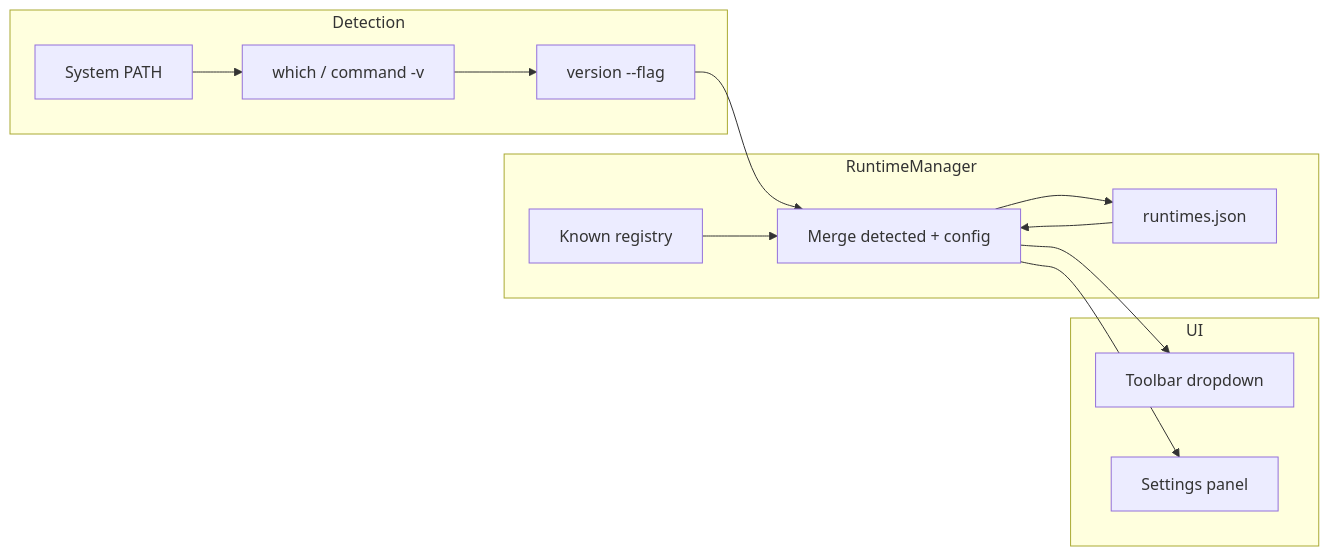
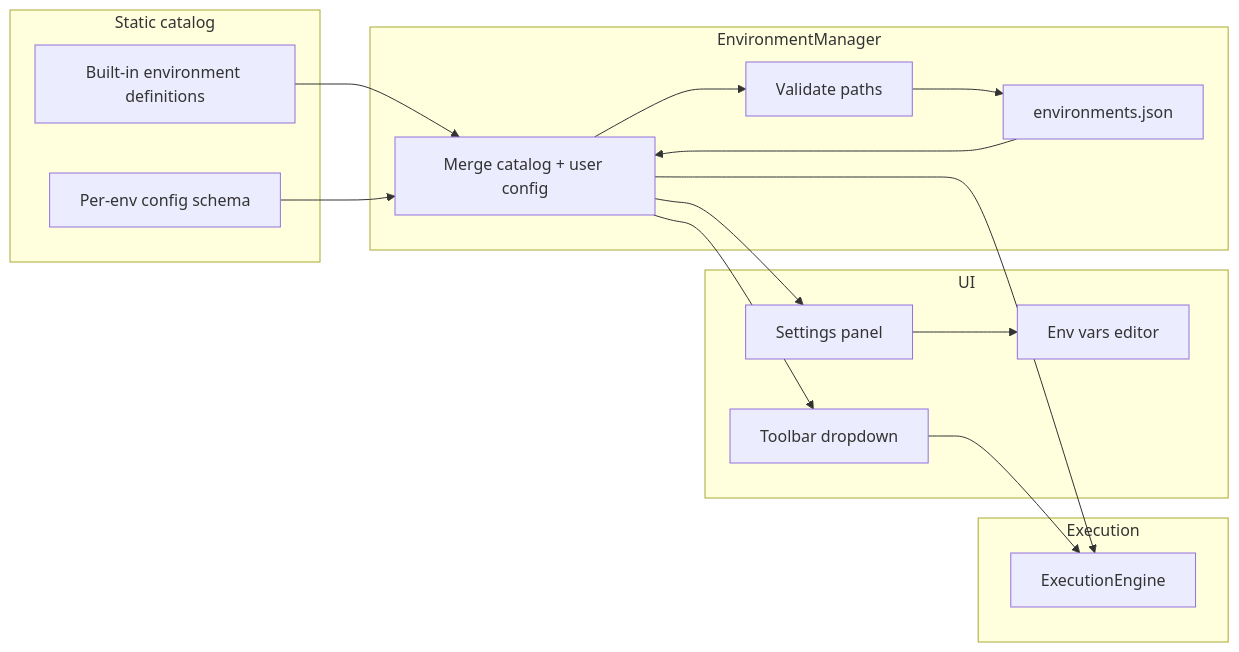
The diagram in docs/plan/phase-3.md (enegalan/runspace), drawn with Mermaid before and after one commit. The commit also changed other lines of this file and 8 other files, not shown here.

Commit message:
Update project documentation for phases 0-8: remove suggested PR references, rename Phase 3 to Environment Manager, and enhance Phase 3 details including environment catalog and configuration model.

````diff
--- a/docs/plan/phase-3.md
+++ b/docs/plan/phase-3.md
@@ -43,28 +93,34 @@
 ```mermaid
 flowchart LR
-  subgraph detect [Detection]
-    PATH[System PATH]
-    Which[which / command -v]
-    Version[version --flag]
+  subgraph catalog [Static catalog]
+    Registry[Built-in environment definitions]
+    Schema[Per-env config schema]
   end
 
-  subgraph rm [RuntimeManager]
-    Registry[Known registry]
-    Merge[Merge detected + config]
-    Persist[runtimes.json]
+  subgraph em [EnvironmentManager]
+    Merge[Merge catalog + user config]
+    Validate[Validate paths]
+    Persist[environments.json]
   end
 
   subgraph ui [UI]
     Selector[Toolbar dropdown]
     Settings[Settings panel]
+    EnvEditor[Env vars editor]
   end
 
-  PATH --> Which
-  Which --> Version
-  Version --> Merge
+  subgraph exec [Execution]
+    EE[ExecutionEngine]
+  end
+
   Registry --> Merge
+  Schema --> Merge
   Persist --> Merge
   Merge --> Selector
   Merge --> Settings
-  Merge --> Persist
+  Settings --> EnvEditor
+  Merge --> Validate
+  Validate --> Persist
+  Selector --> EE
+  Merge --> EE
 ```
````
